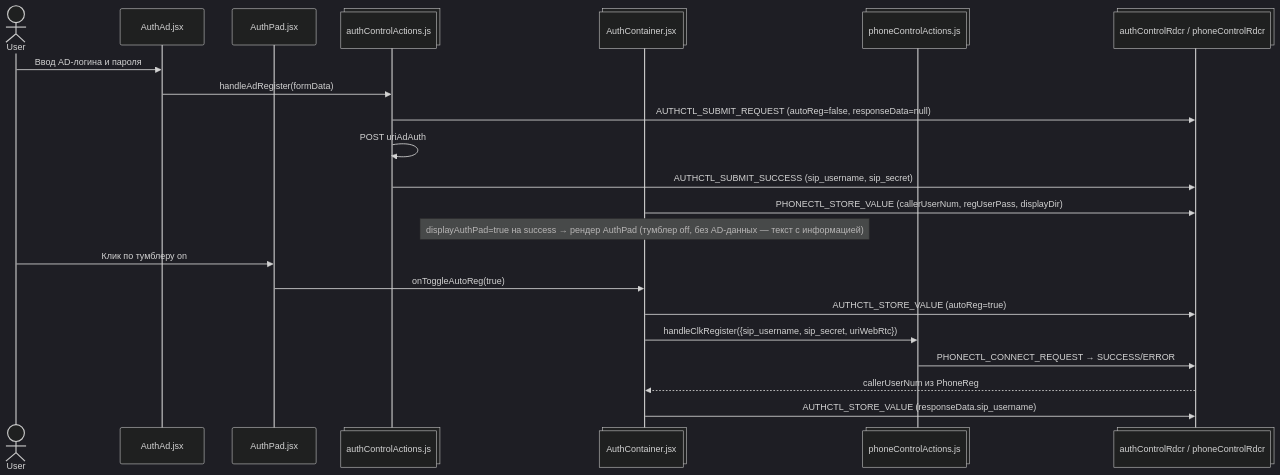
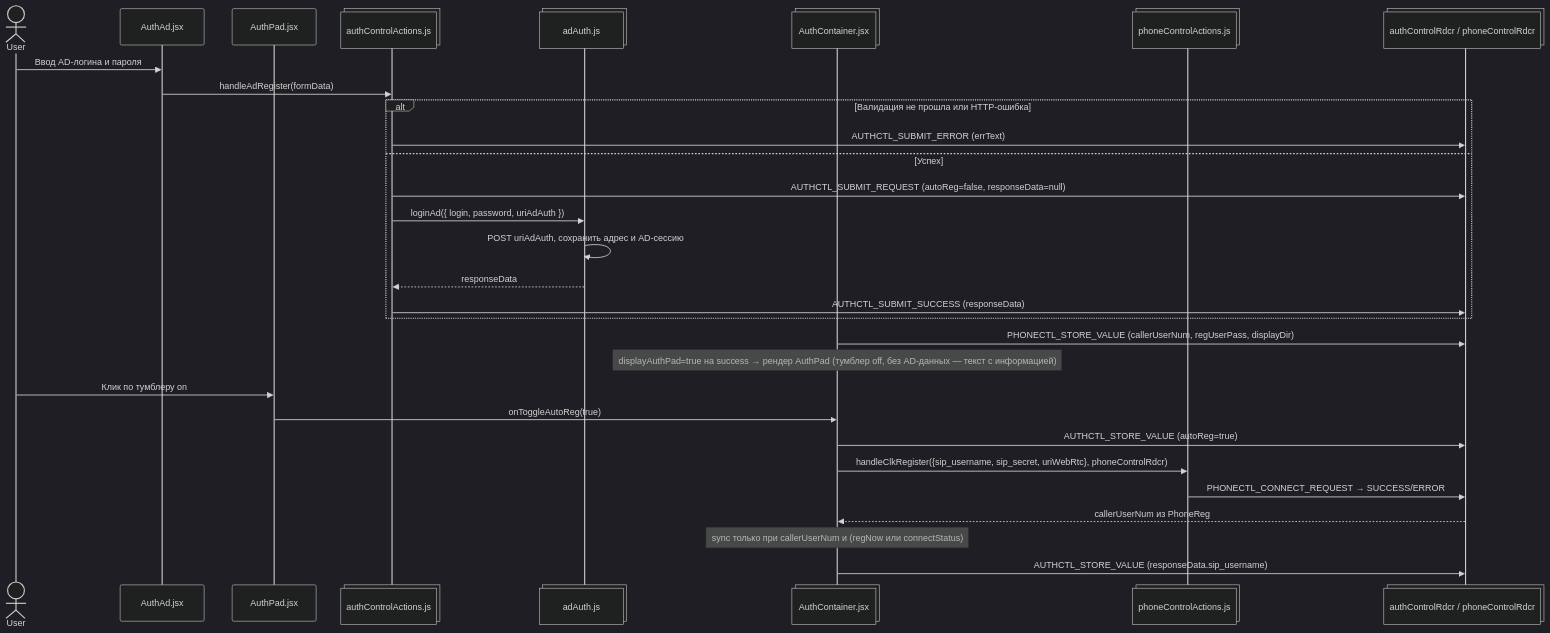
One commit to ars-anosov/sipjs-react changed the third of 9 diagrams in docs/STATE.md. Above: the diagram before and after it, drawn with Mermaid (dark theme). The commit also changed other lines of this file and 13 other files, not shown here.

````diff
--- a/docs/STATE.md
+++ b/docs/STATE.md
@@ -85,25 +99,33 @@
 ```mermaid
 sequenceDiagram
   actor User
   participant AuthAd@{ "type" : "participant", "alias": "AuthAd.jsx" }
   participant AuthPad@{ "type" : "participant", "alias": "AuthPad.jsx" }
   participant AuthAct@{ "type" : "collections", "alias": "authControlActions.js" }
+  participant AdAuth@{ "type" : "collections", "alias": "adAuth.js" }
   participant AuthCont@{ "type" : "collections", "alias": "AuthContainer.jsx" }
   participant PhoneAct@{ "type" : "collections", "alias": "phoneControlActions.js" }
   participant Dispatch@{ "type" : "collections", "alias": "authControlRdcr / phoneControlRdcr" }
 
   User->>AuthAd: Ввод AD-логина и пароля
   AuthAd->>AuthAct: handleAdRegister(formData)
-  AuthAct->>Dispatch: AUTHCTL_SUBMIT_REQUEST (autoReg=false, responseData=null)
-  AuthAct->>AuthAct: POST uriAdAuth
-  AuthAct->>Dispatch: AUTHCTL_SUBMIT_SUCCESS (sip_username, sip_secret)
+  alt Валидация не прошла или HTTP-ошибка
+    AuthAct->>Dispatch: AUTHCTL_SUBMIT_ERROR (errText)
+  else Успех
+    AuthAct->>Dispatch: AUTHCTL_SUBMIT_REQUEST (autoReg=false, responseData=null)
+    AuthAct->>AdAuth: loginAd({ login, password, uriAdAuth })
+    AdAuth->>AdAuth: POST uriAdAuth, сохранить адрес и AD-сессию
+    AdAuth-->>AuthAct: responseData
+    AuthAct->>Dispatch: AUTHCTL_SUBMIT_SUCCESS (responseData)
+  end
   AuthCont->>Dispatch: PHONECTL_STORE_VALUE (callerUserNum, regUserPass, displayDir)
   Note over AuthCont: displayAuthPad=true на success → рендер AuthPad (тумблер off, без AD-данных — текст с информацией)
   User->>AuthPad: Клик по тумблеру on
   AuthPad->>AuthCont: onToggleAutoReg(true)
   AuthCont->>Dispatch: AUTHCTL_STORE_VALUE (autoReg=true)
-  AuthCont->>PhoneAct: handleClkRegister({sip_username, sip_secret, uriWebRtc})
+  AuthCont->>PhoneAct: handleClkRegister({sip_username, sip_secret, uriWebRtc}, phoneControlRdcr)
   PhoneAct->>Dispatch: PHONECTL_CONNECT_REQUEST → SUCCESS/ERROR
   Dispatch-->>AuthCont: callerUserNum из PhoneReg
+  Note over AuthCont: sync только при callerUserNum и (regNow или connectStatus)
   AuthCont->>Dispatch: AUTHCTL_STORE_VALUE (responseData.sip_username)
 ```
````
